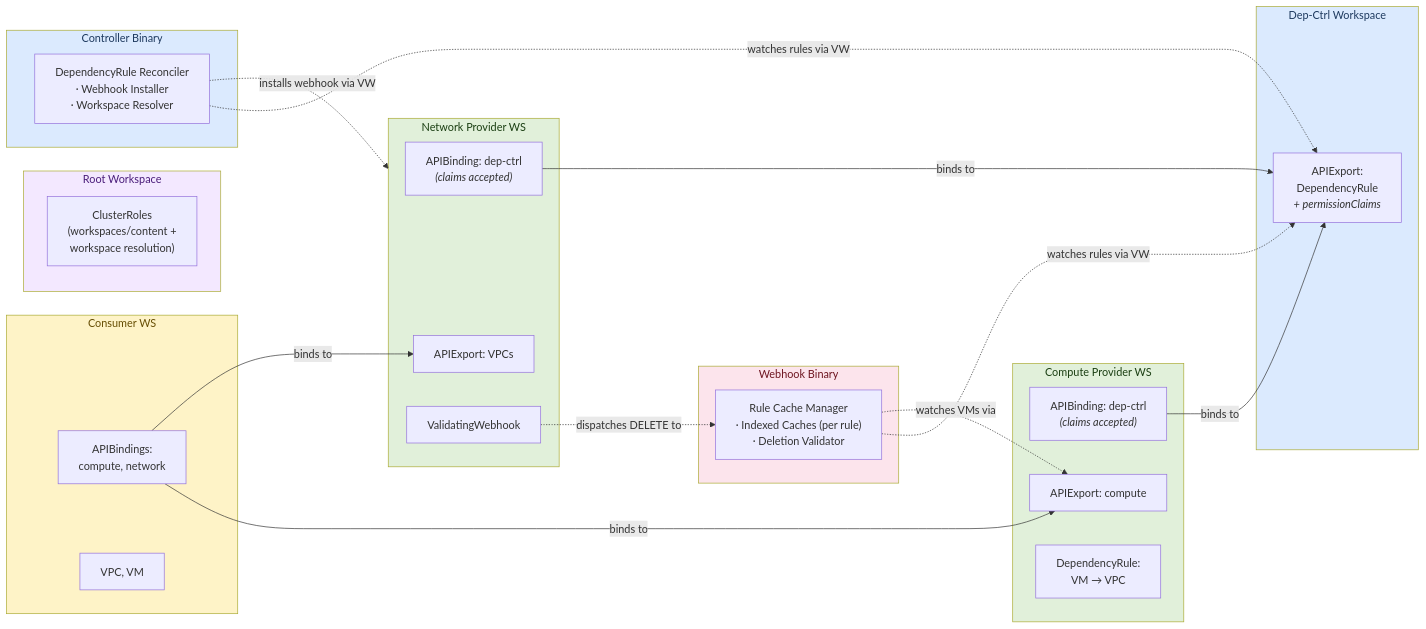
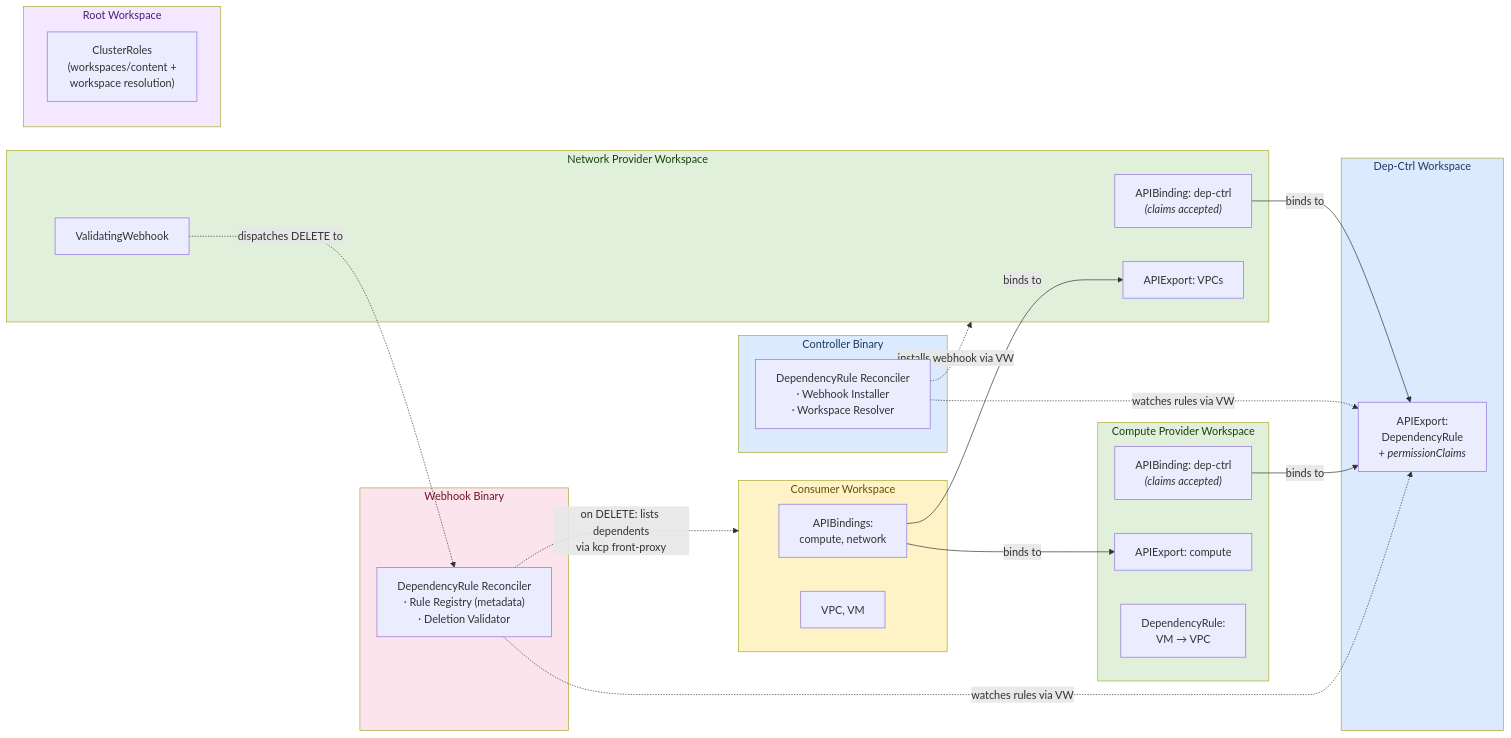
Before and after one commit to opendefensecloud/dependency-controller: the second of 2 diagrams in README.md, drawn with Mermaid. The commit also changed other lines of this file and 1 other file, not shown here.

````diff
--- a/README.md
+++ b/README.md
@@ -113,53 +132,53 @@
 ```mermaid
 graph LR
     subgraph DC["Dep-Ctrl Workspace"]
         DCExport["APIExport:<br/>DependencyRule<br/><i>+ permissionClaims</i>"]
     end
 
     subgraph CB["Controller Binary"]
         Ctrl["DependencyRule Reconciler<br/>· Webhook Installer<br/>· Workspace Resolver"]
     end
 
     subgraph WB["Webhook Binary"]
-        WH["Rule Cache Manager<br/>· Indexed Caches (per rule)<br/>· Deletion Validator"]
+        WH["DependencyRule Reconciler<br/>· Rule Registry (metadata)<br/>· Deletion Validator"]
     end
 
-    subgraph CP["Compute Provider WS"]
+    subgraph CP["Compute Provider Workspace"]
         CPBinding["APIBinding: dep-ctrl<br/><i>(claims accepted)</i>"]
         CPExport["APIExport: compute"]
         CPRule["DependencyRule:<br/>VM → VPC"]
     end
 
-    subgraph NP["Network Provider WS"]
+    subgraph NP["Network Provider Workspace"]
         NPBinding["APIBinding: dep-ctrl<br/><i>(claims accepted)</i>"]
         NPExport["APIExport: VPCs"]
         NPWebhook["ValidatingWebhook"]
     end
 
     subgraph ROOT["Root Workspace"]
         ROOTROLE["ClusterRoles<br/>(workspaces/content +<br/>workspace resolution)"]
     end
 
-    subgraph CW["Consumer WS"]
+    subgraph CW["Consumer Workspace"]
         CWBindings["APIBindings:<br/>compute, network"]
         CWResources["VPC, VM"]
     end
 
     CPBinding -->|binds to| DCExport
     NPBinding -->|binds to| DCExport
     Ctrl -.->|watches rules via VW| DCExport
     Ctrl -.->|installs webhook via VW| NP
     WH -.->|watches rules via VW| DCExport
-    WH -.->|watches VMs via| CPExport
     NPWebhook -.->|dispatches DELETE to| WH
+    WH -.->|on DELETE: lists dependents<br/>via kcp front-proxy| CW
     CWBindings -->|binds to| CPExport
     CWBindings -->|binds to| NPExport
 
     style DC fill:#dbeafe,color:#1e3a5f
     style CB fill:#dbeafe,color:#1e3a5f
     style WB fill:#fce4ec,color:#6e1520
     style CP fill:#e1f0da,color:#1a3e12
     style NP fill:#e1f0da,color:#1a3e12
     style ROOT fill:#f3e8ff,color:#4a1d7a
     style CW fill:#fef3c7,color:#664d03
 ```
````
